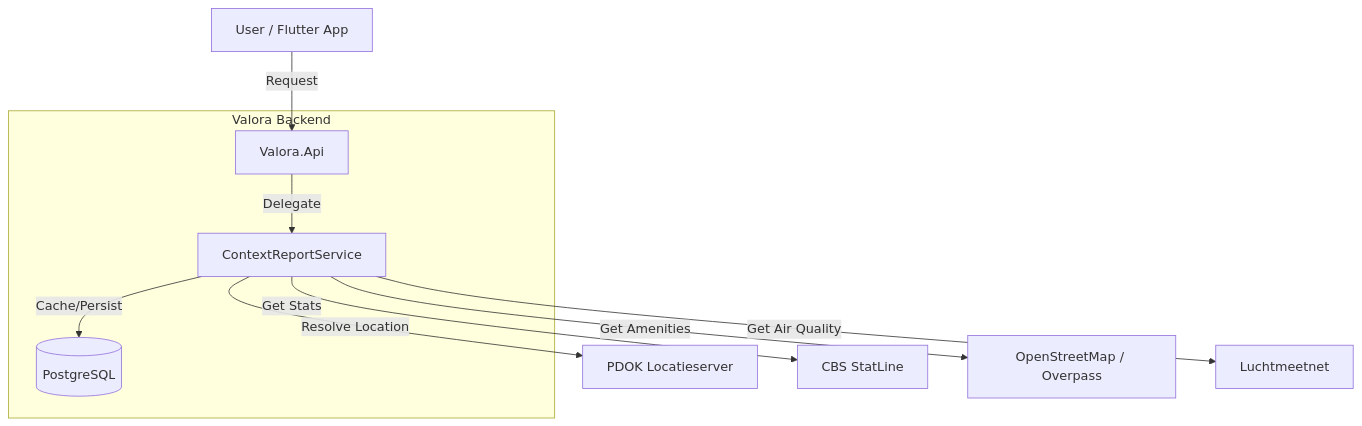
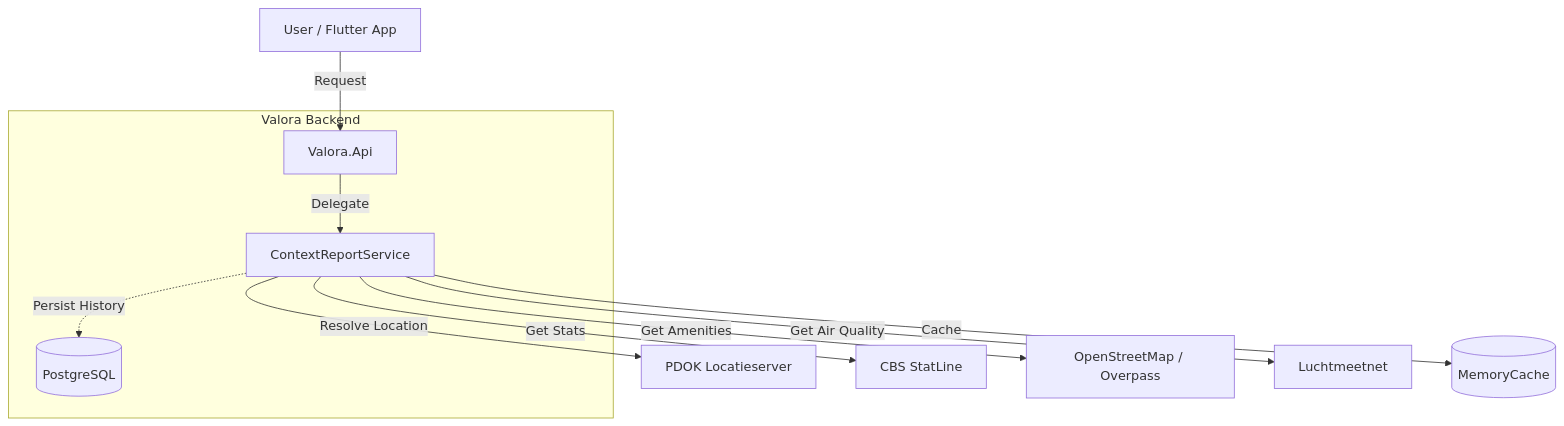
Before and after one commit to YKDBontekoe/valora: the diagram in README.md, drawn with Mermaid. The commit also changed other lines of this file and 3 other files, not shown here.

First line of the commit message:
feat(docs): resolve PR feedback and correct architecture details

````diff
--- a/README.md
+++ b/README.md
@@ -18,17 +18,18 @@
 ```mermaid
 graph TD
     User[User / Flutter App] -->|Request| API[Valora.Api]
     API -->|Delegate| Service[ContextReportService]
     Service -->|Resolve Location| PDOK[PDOK Locatieserver]
     Service -->|Get Stats| CBS[CBS StatLine]
     Service -->|Get Amenities| OSM[OpenStreetMap / Overpass]
     Service -->|Get Air Quality| Air[Luchtmeetnet]
 
     subgraph "Valora Backend"
         API
         Service
         DB[(PostgreSQL)]
     end
 
-    Service -->|Cache/Persist| DB
+    Service -->|Cache| Cache[(MemoryCache)]
+    Service -.->|Persist History| DB
 ```
````
